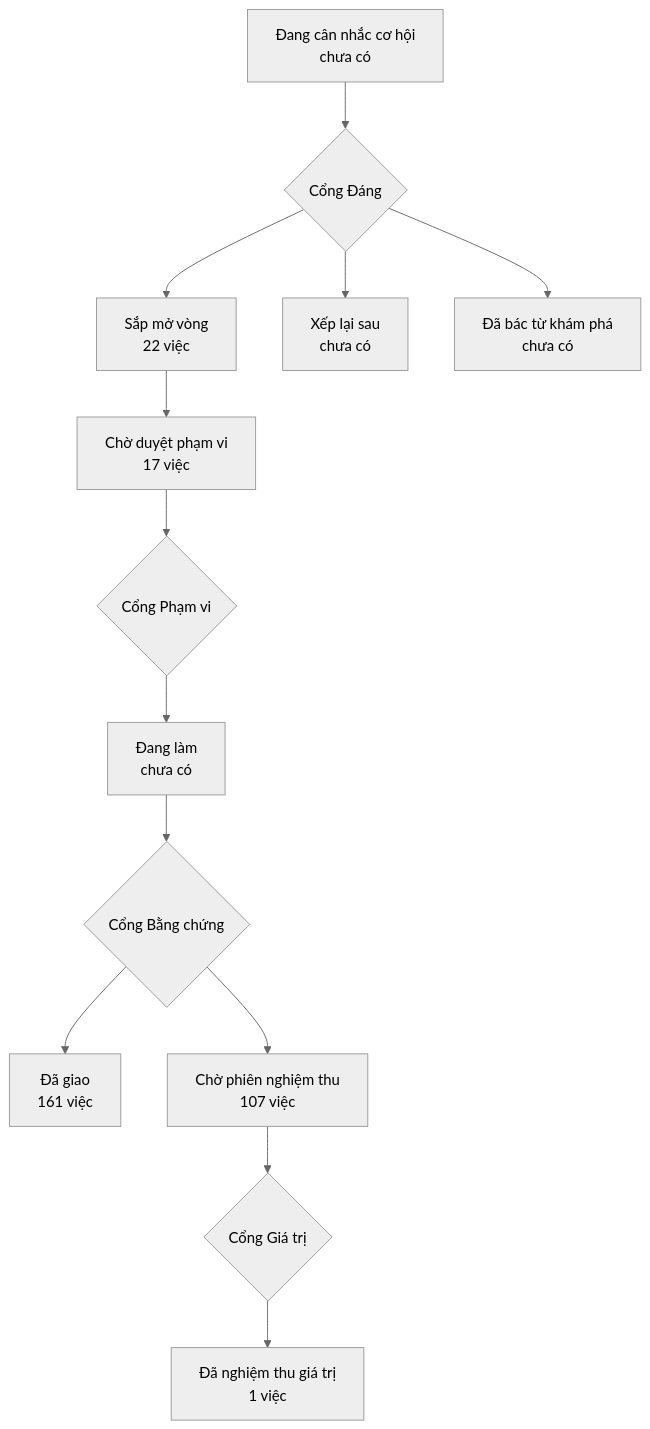
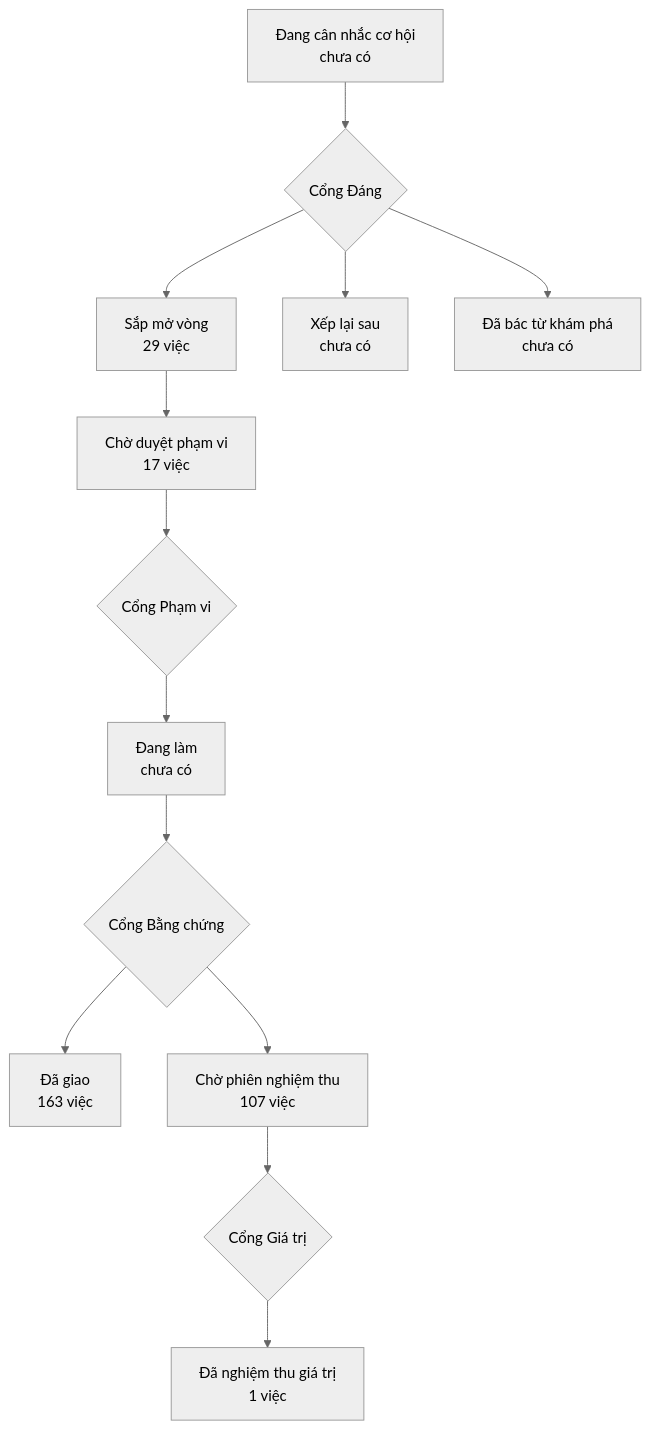
One commit to phanlemanh/onehub-invest changed the diagram in PRODUCT-MAP.md. Above: the diagram before and after it, drawn with Mermaid (neutral theme). The commit also changed other lines of this file and 1 other file, not shown here.

````diff
--- a/PRODUCT-MAP.md
+++ b/PRODUCT-MAP.md
@@ -7,12 +7,12 @@
 ```mermaid
 flowchart TD
   A["Đang cân nhắc cơ hội<br/>chưa có"] --> GD{"Cổng Đáng"}
-  GD --> B["Sắp mở vòng<br/>22 việc"]
+  GD --> B["Sắp mở vòng<br/>29 việc"]
   GD --> XL["Xếp lại sau<br/>chưa có"]
   GD --> DB["Đã bác từ khám phá<br/>chưa có"]
   B --> CD["Chờ duyệt phạm vi<br/>17 việc"] --> GP{"Cổng Phạm vi"}
   GP --> DL["Đang làm<br/>chưa có"] --> GB{"Cổng Bằng chứng"}
-  GB --> DG["Đã giao<br/>161 việc"]
+  GB --> DG["Đã giao<br/>163 việc"]
   GB --> CN["Chờ phiên nghiệm thu<br/>107 việc"] --> GG{"Cổng Giá trị"}
   GG --> NT["Đã nghiệm thu giá trị<br/>1 việc"]
 ```
````
